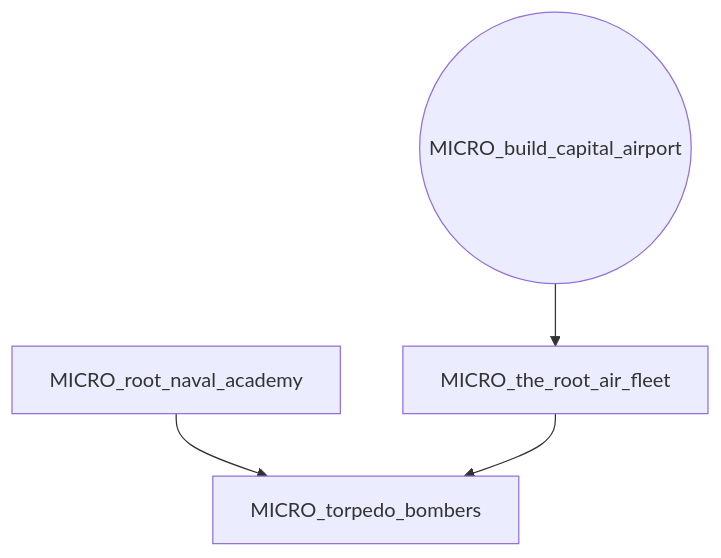
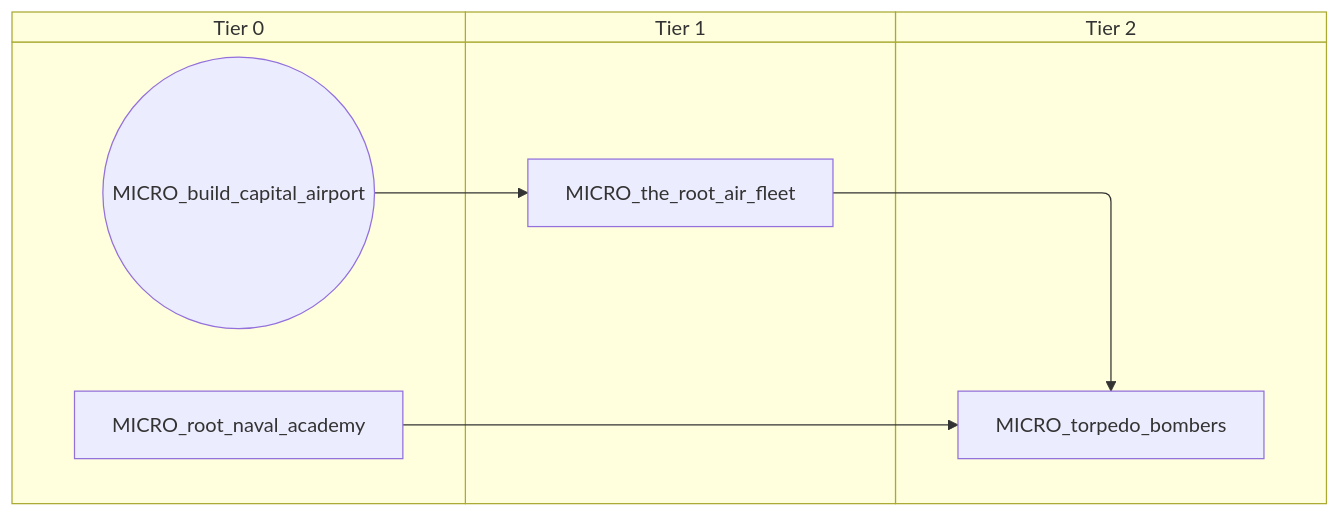
Before and after one commit to evgeny-sobol/hoi4-sandbox-mode-r56: the first of 3 diagrams in docs/gdd/National Focuses/r56/r56_microstate_shared.md, drawn with Mermaid. The commit also changed other lines of this file and 423 other files, not shown here.

First line of the commit message:
Re-export Rt56 focus trees as swimlane diagrams

````diff
--- a/docs/gdd/National Focuses/r56/r56_microstate_shared.md
+++ b/docs/gdd/National Focuses/r56/r56_microstate_shared.md
@@ -3,10 +3,16 @@
 ```mermaid
-flowchart TD
-    n1(("MICRO_build_capital_airport"))
-    n2["MICRO_root_naval_academy"]
-    n3["MICRO_the_root_air_fleet"]
-    n4["MICRO_torpedo_bombers"]
+swimlane-beta TD
+    subgraph tier_0["Tier 0"]
+        n1(("MICRO_build_capital_airport"))
+        n2["MICRO_root_naval_academy"]
+    end
+    subgraph tier_1["Tier 1"]
+        n3["MICRO_the_root_air_fleet"]
+    end
+    subgraph tier_2["Tier 2"]
+        n4["MICRO_torpedo_bombers"]
+    end
     n1 --> n3
     n2 --> n4
     n3 --> n4
 ```
````
